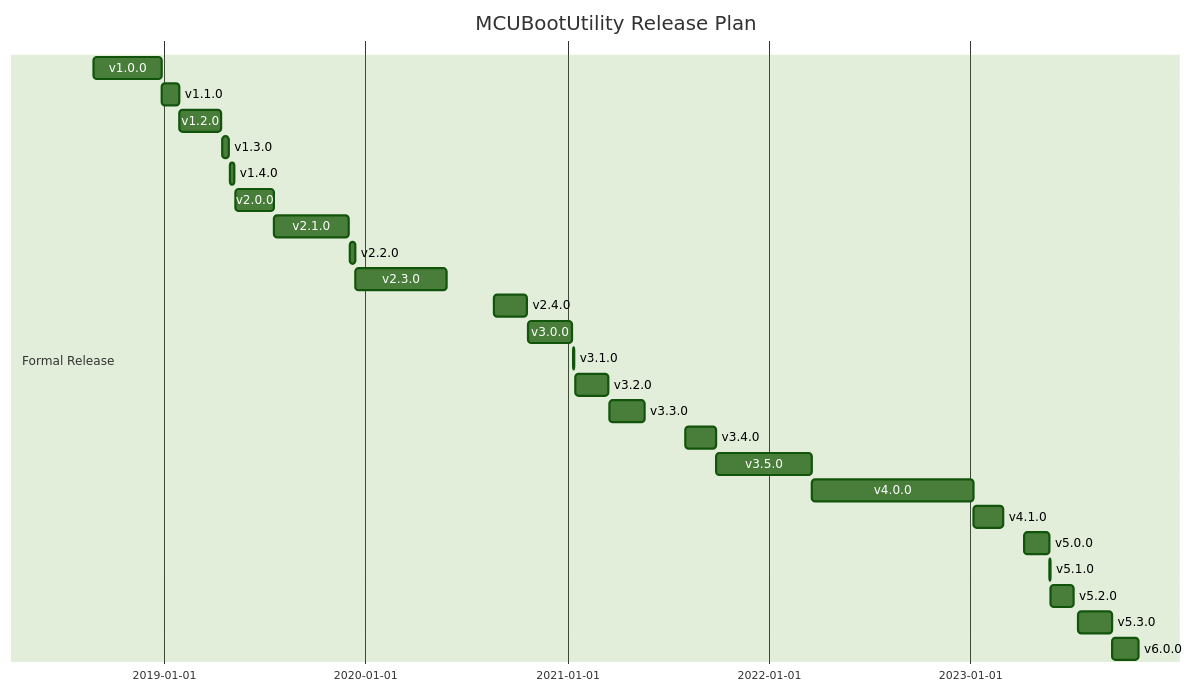
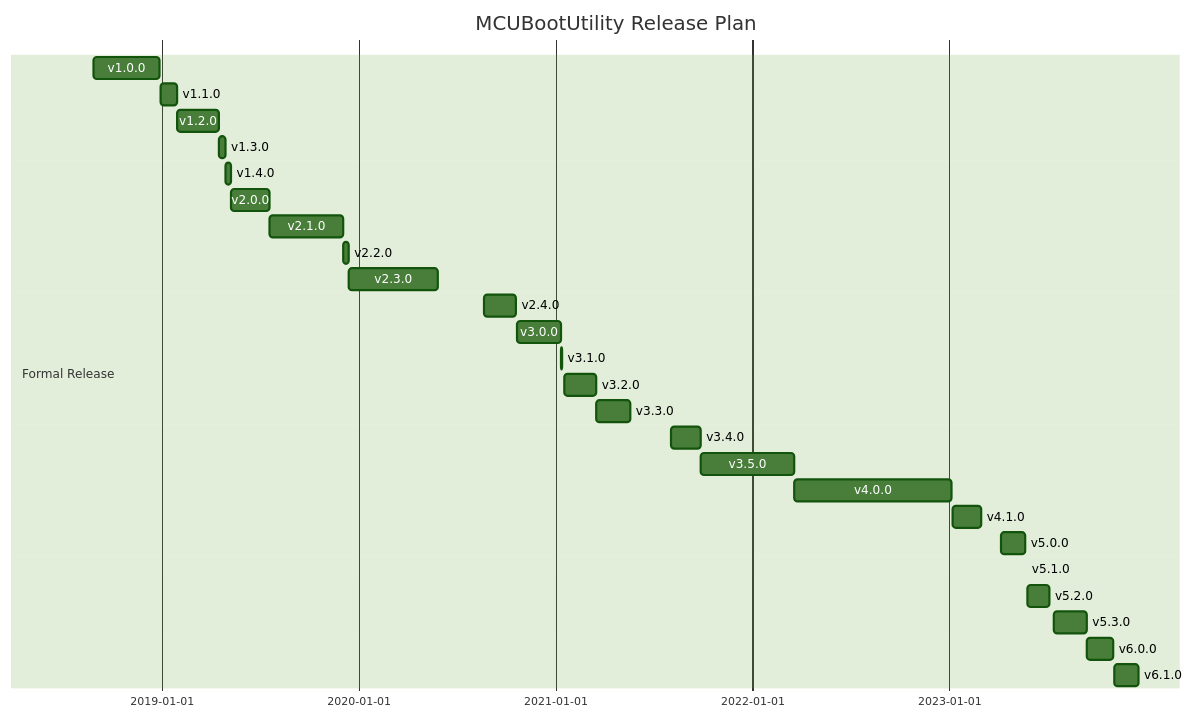
The diagram in README-zh.md (JayHeng/NXP-MCUBootUtility), drawn with Mermaid (forest theme) before and after one commit. The commit also changed other lines of this file and 41 other files, not shown here.

````diff
--- a/README-zh.md
+++ b/README-zh.md
@@ -1,29 +1,30 @@
 ``` mermaid
 gantt
     title MCUBootUtility Release Plan
     dateFormat  YYYY-MM-DD
     section Formal Release
     v1.0.0           :a1, 2018-08-27, 2018-12-28
     v1.1.0           :a2, 2018-12-29, 2019-01-29
     v1.2.0           :a3, 2019-01-30, 2019-04-16
     v1.3.0           :a4, 2019-04-17, 2019-04-29
     v1.4.0           :a5, 2019-04-30, 2019-05-09
     v2.0.0           :a6, 2019-05-10, 2019-07-19
     v2.1.0           :a7, 2019-07-20, 2019-12-03
     v2.2.0           :a8, 2019-12-04, 2019-12-13
     v2.3.0           :a9, 2019-12-14, 2020-05-28
     v2.4.0           :a10, 2020-08-20, 2020-10-20
     v3.0.0           :a11, 2020-10-21, 2021-01-10
     v3.1.0           :a12, 2021-01-11, 2021-01-13
     v3.2.0           :a13, 2021-01-16, 2021-03-17
     v3.3.0           :a14, 2021-03-18, 2021-05-20
     v3.4.0           :a15, 2021-08-03, 2021-09-27
     v3.5.0           :a16, 2021-09-28, 2022-03-19
     v4.0.0           :a17, 2022-03-20, 2023-01-06
     v4.1.0           :a18, 2023-01-07, 2023-03-02
     v5.0.0           :a19, 2023-04-07, 2023-05-23
     v5.1.0           :a20, 2023-05-24, 2023-05-25
     v5.2.0           :a21, 2023-05-26, 2023-07-07
     v5.3.0           :a22, 2023-07-15, 2023-09-14
-    v6.0.0           :a23, 2023-09-15, 2023-11-01
+    v6.0.0           :a23, 2023-09-15, 2023-11-03
+    v6.1.0           :a24, 2023-11-04, 2023-12-19
 ```
````
